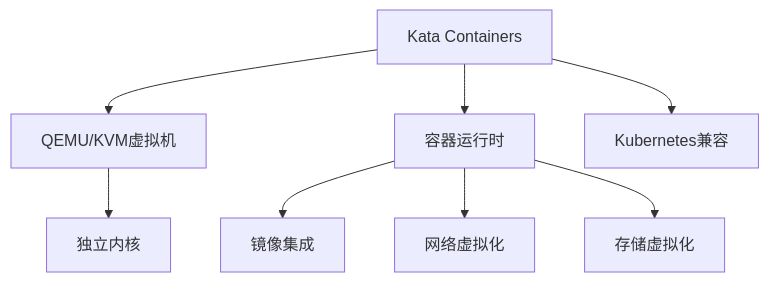
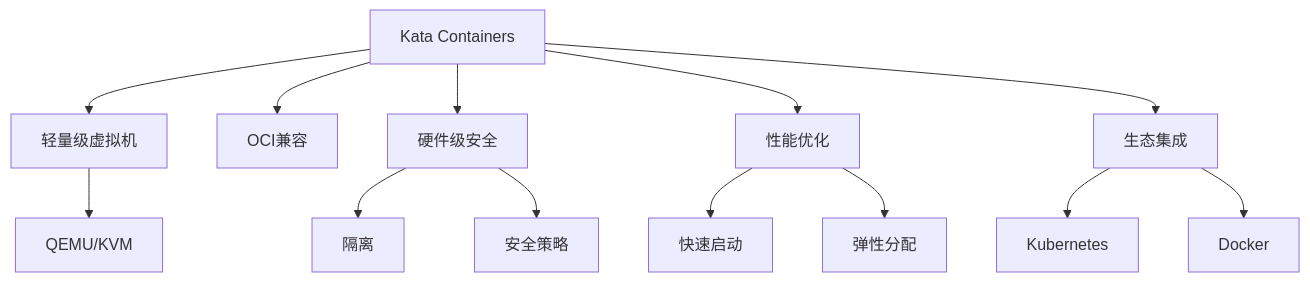
Before and after one commit to AdaMartin18010/SystemOSIOT: the diagram in 7.容器与微服务/7.1 知识梳理/7.1.6.1.1.1 Kata Containers原理与应用.md, drawn with Mermaid. The commit also changed other lines of this file and 19 other files, not shown here.

````diff
--- a/7.容器与微服务/7.1 知识梳理/7.1.6.1.1.1 Kata Containers原理与应用.md
+++ b/7.容器与微服务/7.1 知识梳理/7.1.6.1.1.1 Kata Containers原理与应用.md
@@ -42,10 +45,15 @@
 ```mermaid
-graph TD
-    A[Kata Containers] --> B[QEMU/KVM虚拟机]
-    A --> C[容器运行时]
-    B --> D[独立内核]
-    C --> E[镜像集成]
-    C --> F[网络虚拟化]
-    C --> G[存储虚拟化]
-    A --> H[Kubernetes兼容]
+graph TD;
+  Kata[Kata Containers] --> MicroVM[轻量级虚拟机];
+  Kata --> OCI[OCI兼容];
+  Kata --> Security[硬件级安全];
+  Kata --> Performance[性能优化];
+  Kata --> Integration[生态集成];
+  MicroVM --> QEMU[QEMU/KVM];
+  Security --> Isolation[隔离];
+  Security --> Policy[安全策略];
+  Performance --> Startup[快速启动];
+  Performance --> Elastic[弹性分配];
+  Integration --> K8s[Kubernetes];
+  Integration --> Docker[Docker];
 ```
````
